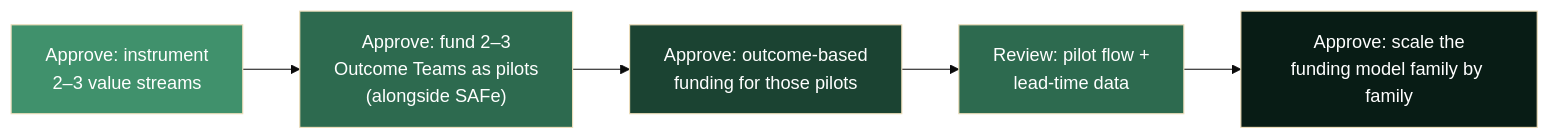
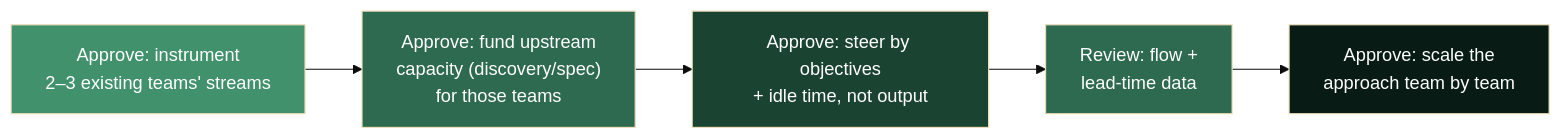
Before and after one commit to RED-Internal-Development/delivery-operating-model: the third of 3 diagrams in docs/funding-and-operating-budget.md, drawn with Mermaid (base theme). The commit also changed other lines of this file and 4 other files, not shown here.

Commit message:
docs: reframe funding doc to durable-team reality; wire upstream-blockers into nav/index/README/glance

````diff
--- a/docs/funding-and-operating-budget.md
+++ b/docs/funding-and-operating-budget.md
@@ -126,13 +125,13 @@
 ```mermaid
 flowchart LR
-    A["Approve: instrument<br/>2–3 value streams"] --> B["Approve: fund 2–3<br/>Outcome Teams as pilots<br/>(alongside SAFe)"]
-    B --> C["Approve: outcome-based<br/>funding for those pilots"]
-    C --> D["Review: pilot flow +<br/>lead-time data"]
-    D --> E["Approve: scale the<br/>funding model family by family"]
+    A["Approve: instrument<br/>2–3 existing teams' streams"] --> B["Approve: fund upstream<br/>capacity (discovery/spec)<br/>for those teams"]
+    B --> C["Approve: steer by objectives<br/>+ idle time, not output"]
+    C --> D["Review: flow +<br/>lead-time data"]
+    D --> E["Approve: scale the<br/>approach team by team"]
 
     style A fill:#40916c,color:#fff
     style B fill:#2d6a4f,color:#fff
     style C fill:#1b4332,color:#fff
     style D fill:#2d6a4f,color:#fff
     style E fill:#081c15,color:#fff
 ```
````
